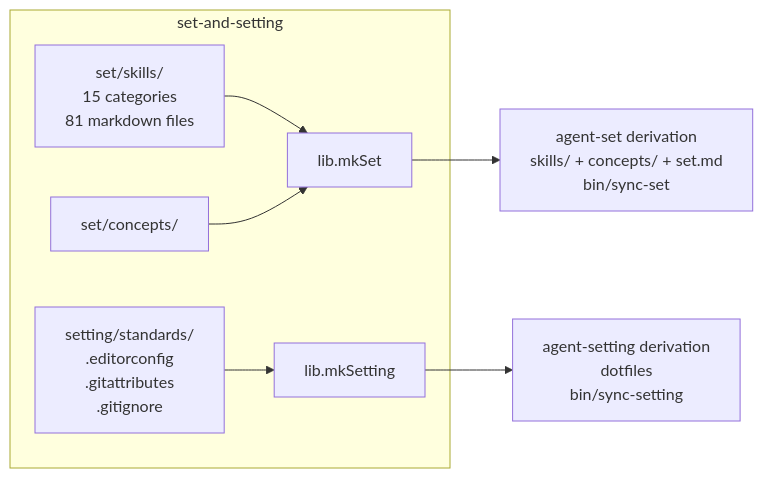
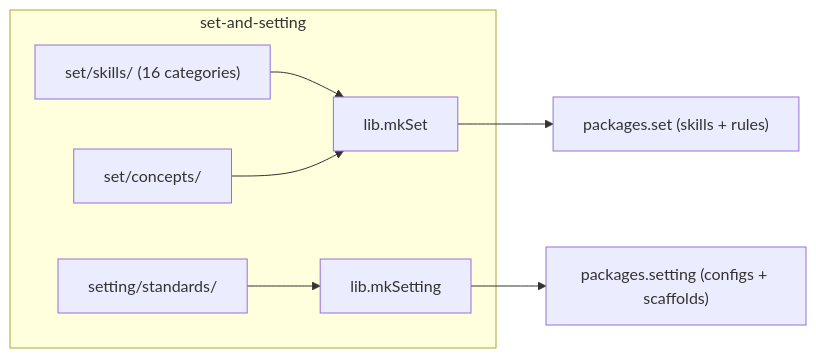
Before and after one commit to pr0d1r2/set-and-setting: the first of 3 diagrams in README.md, drawn with Mermaid. The commit also changed other lines of this file and 3 other files, not shown here.

````diff
--- a/README.md
+++ b/README.md
@@ -19,11 +110,11 @@
 ```mermaid
 graph LR
     subgraph "set-and-setting"
-        S[set/skills/\n15 categories\n81 markdown files] --> mkSet[lib.mkSet]
+        S["set/skills/ (16 categories)"] --> mkSet[lib.mkSet]
         C[set/concepts/] --> mkSet
-        E[setting/standards/\n.editorconfig\n.gitattributes\n.gitignore] --> mkSetting[lib.mkSetting]
+        E[setting/standards/] --> mkSetting[lib.mkSetting]
     end
 
-    mkSet --> D1["agent-set derivation\nskills/ + concepts/ + set.md\nbin/sync-set"]
-    mkSetting --> D2["agent-setting derivation\ndotfiles\nbin/sync-setting"]
+    mkSet --> D1["packages.set (skills + rules)"]
+    mkSetting --> D2["packages.setting (configs + scaffolds)"]
 ```
````
